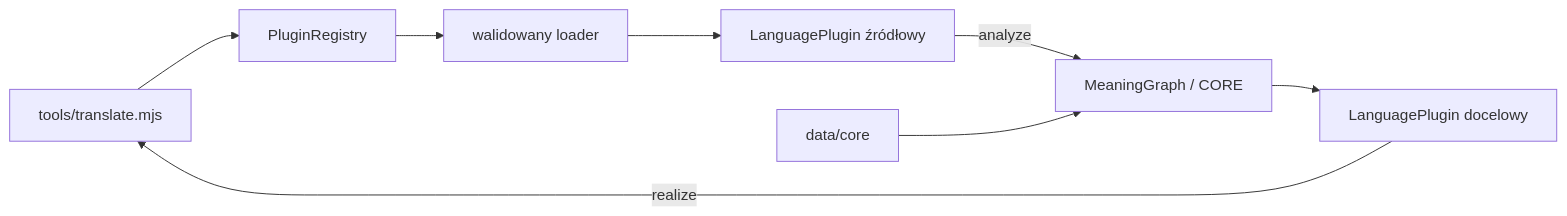
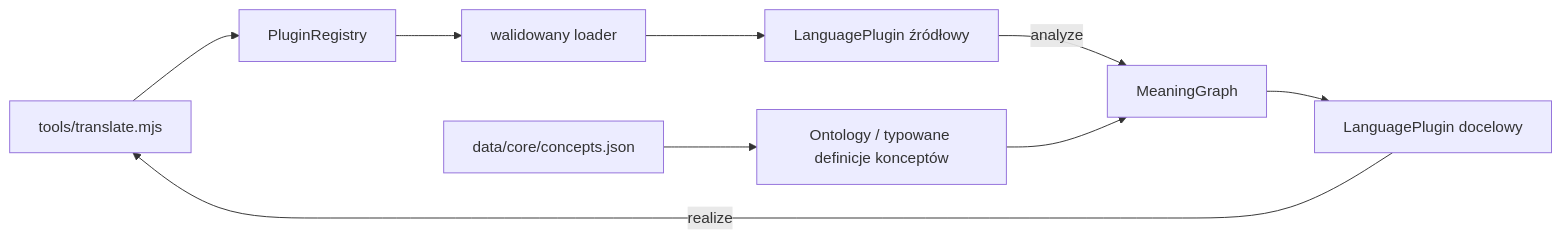
One commit to clickbytes/flexLingua changed the diagram in docs/architecture.md. Above: the diagram before and after it, drawn with Mermaid. The commit also changed other lines of this file and 2 other files, not shown here.

Commit message:
docs: define typed semantic graph contract (#413)

````diff
--- a/docs/architecture.md
+++ b/docs/architecture.md
@@ -5,10 +5,11 @@
 ```mermaid
 flowchart LR
   CLI[tools/translate.mjs] --> R[PluginRegistry]
   R --> L[walidowany loader]
   L --> S[LanguagePlugin źródłowy]
-  S -->|analyze| M[MeaningGraph / CORE]
+  S -->|analyze| M[MeaningGraph]
   M --> T[LanguagePlugin docelowy]
   T -->|realize| CLI
-  CORE[data/core] --> M
+  CORE[data/core/concepts.json] --> O[Ontology / typowane definicje konceptów]
+  O --> M
 ```
````
